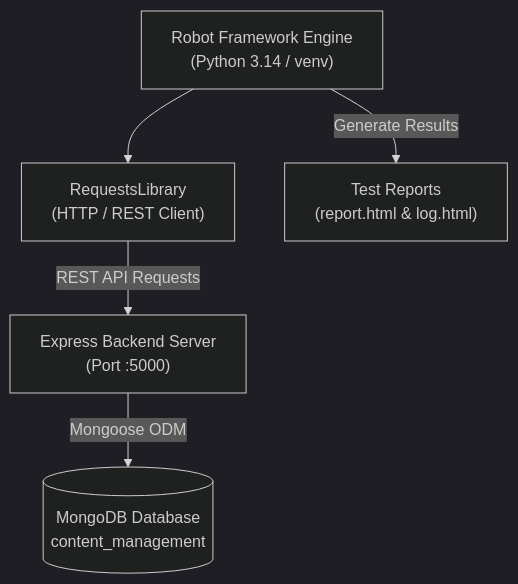
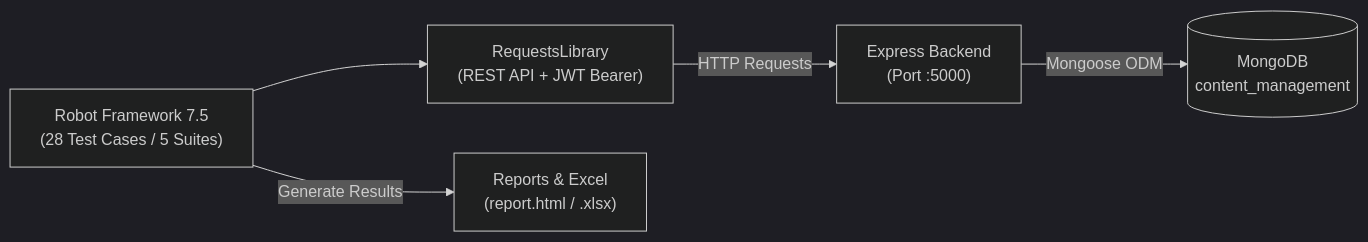
The diagram in docs/academic/12-Automated-Testing-Robot-Framework.md (Starlight142/Content-Management-System), drawn with Mermaid (dark theme) before and after one commit. The commit also changed other lines of this file and 22 other files, not shown here.

Commit message:
test(robot): align 28 automated test cases with 14 use cases and generate excel reports

````diff
--- a/docs/academic/12-Automated-Testing-Robot-Framework.md
+++ b/docs/academic/12-Automated-Testing-Robot-Framework.md
@@ -11,12 +12,13 @@
 ```mermaid
-flowchart TD
-    RF["Robot Framework Engine\n(Python 3.14 / venv)"]
-    REQ["RequestsLibrary\n(HTTP / REST Client)"]
-    API["Express Backend Server\n(Port :5000)"]
-    DB[("MongoDB Database\ncontent_management")]
+flowchart LR
+    RF["Robot Framework 7.5\n(28 Test Cases / 5 Suites)"]
+    REQ["RequestsLibrary\n(REST API + JWT Bearer)"]
+    API["Express Backend\n(Port :5000)"]
+    DB[("MongoDB\ncontent_management")]
+    OUT["Reports & Excel\n(report.html / .xlsx)"]
 
     RF --> REQ
-    REQ -->|REST API Requests| API
+    REQ -->|HTTP Requests| API
     API -->|Mongoose ODM| DB
-    RF -->|Generate Results| HTML["Test Reports\n(report.html & log.html)"]
+    RF -->|Generate Results| OUT
 ```
````
